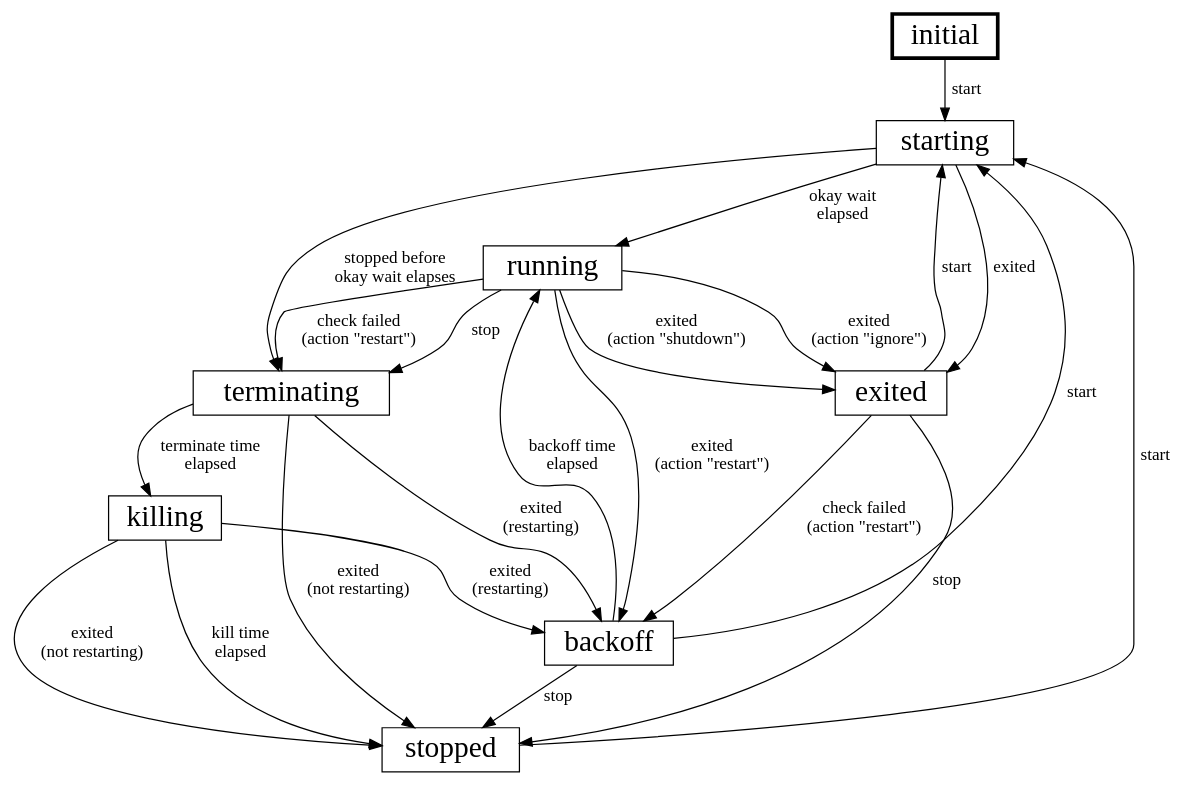
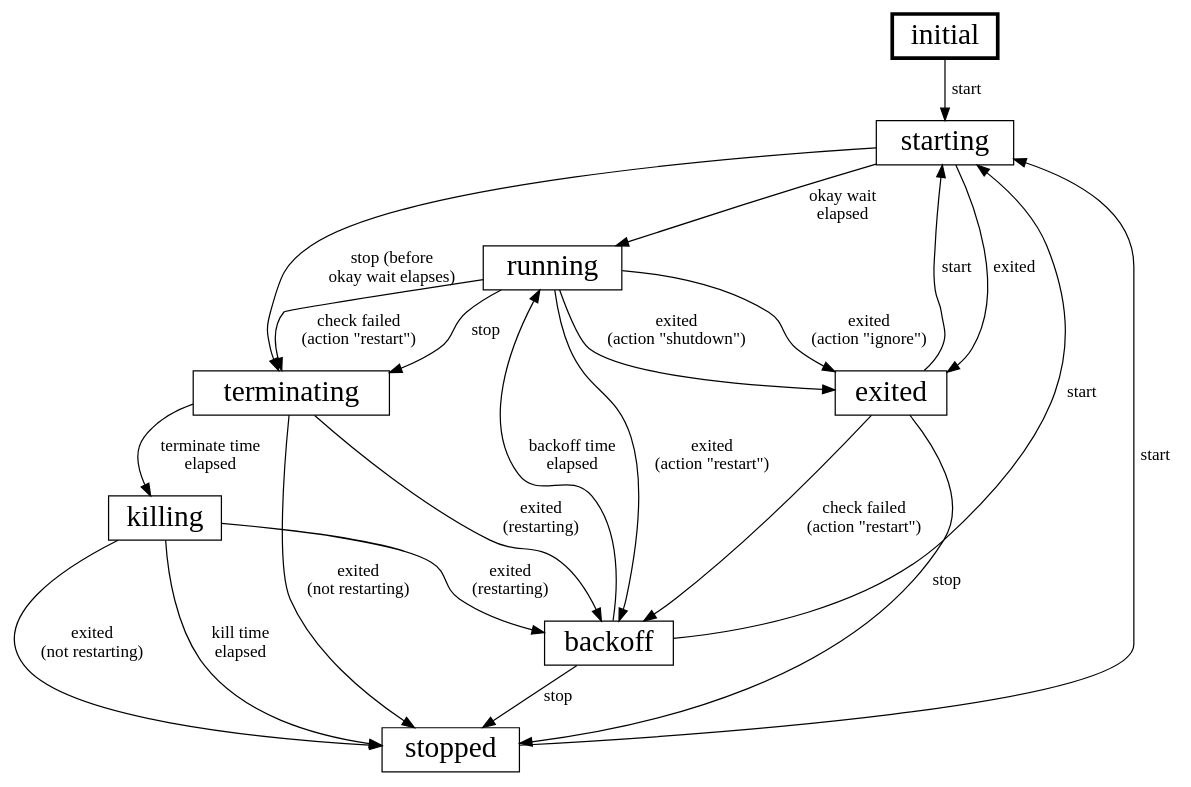
The diagram in internals/overlord/servstate/state-diagram.dot (canonical/pebble), drawn with Graphviz before and after one commit.

```diff
--- a/internals/overlord/servstate/state-diagram.dot
+++ b/internals/overlord/servstate/state-diagram.dot
@@ -1,26 +1,26 @@
 # Create SVG with the following graphviz command:
 #
 # dot -Tsvg internals/overlord/servstate/state-diagram.dot -o ./internals/overlord/servstate/state-diagram.svg
 
 digraph service_state_machine {
     node [penwidth=3 shape=box fontsize=24] initial
     node [penwidth=1]
     initial -> starting [label="start"]
     starting -> running [label="okay wait\nelapsed"]
-    starting -> terminating [label="stopped before\nokay wait elapses"]
+    starting -> terminating [label="stop (before\nokay wait elapses)"]
     running -> terminating [label="stop"]
     running -> terminating [label="check failed\n(action \"restart\")"]
     terminating -> killing [label="terminate time\nelapsed"]
     {terminating, killing} -> stopped [label="exited\n(not restarting)"]
     {terminating, killing} -> backoff [label="exited\n(restarting)"]
     exited -> stopped [label="stop"]
     starting -> exited [label="exited"]
     {backoff, stopped, exited} -> starting [label="start"]
     running -> exited [label="exited\n(action \"ignore\")"]
     running -> exited [label="exited\n(action \"shutdown\")"]
     running -> backoff [label="exited\n(action \"restart\")"]
     backoff -> stopped [label="stop"]
     backoff -> running [label="backoff time\nelapsed"]
     killing -> stopped [label="kill time\nelapsed"]
     exited -> backoff [label="check failed\n(action \"restart\")"]
 }
```
